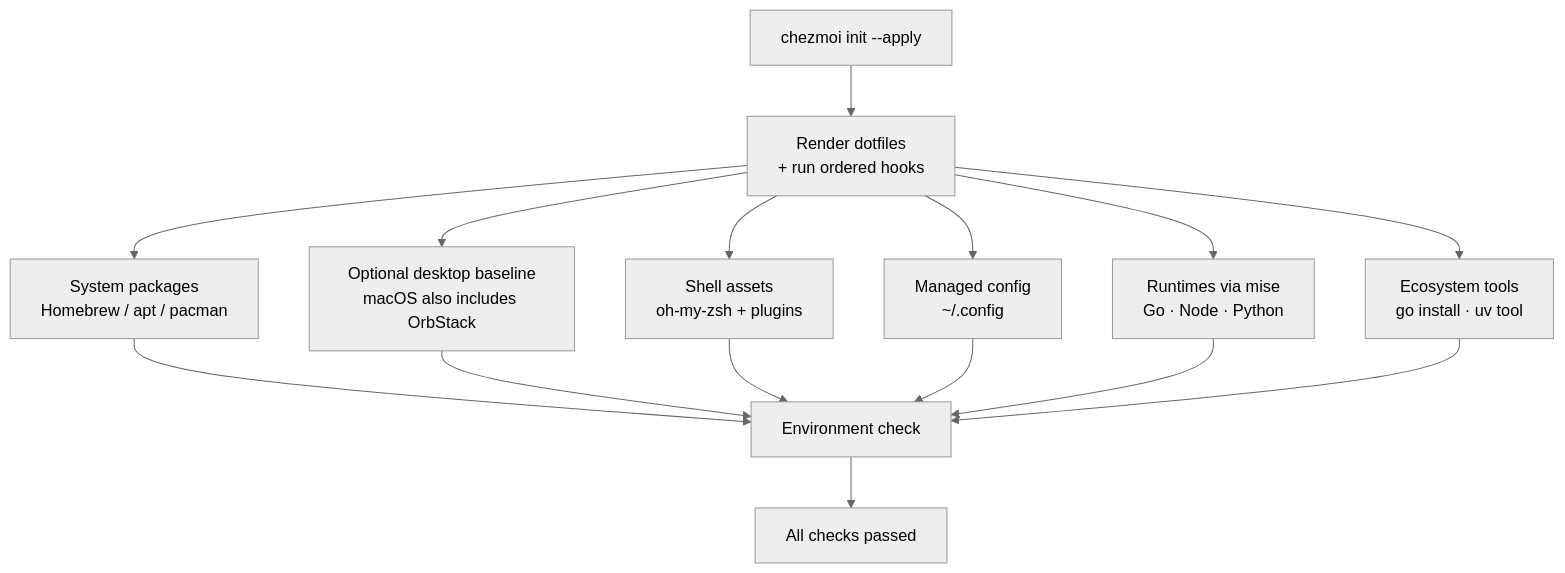
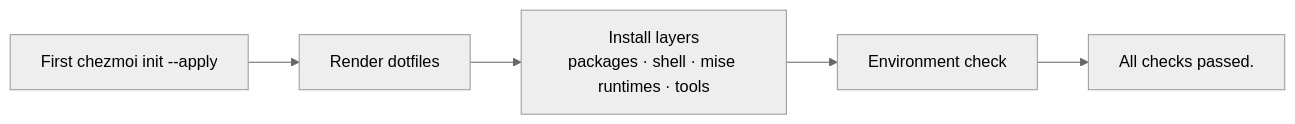
Before and after one commit to kangmingxuan/oh-my-devenv: the diagram in README.md, drawn with Mermaid (neutral theme). The commit also changed other lines of this file and 9 other files, not shown here.

````diff
--- a/README.md
+++ b/README.md
@@ -30,17 +197,7 @@
 ```mermaid
-flowchart TD
-    A["chezmoi init --apply"] --> B["Render dotfiles<br/>+ run ordered hooks"]
-    B --> C["System packages<br/>Homebrew / apt / pacman"]
-    B --> D["Optional desktop baseline<br/>macOS also includes OrbStack"]
-    B --> E["Shell assets<br/>oh-my-zsh + plugins"]
-    B --> X["Managed config<br/>~/.config"]
-    B --> F["Runtimes via mise<br/>Go · Node · Python"]
-    B --> G["Ecosystem tools<br/>go install · uv tool"]
-    C --> H["Environment check"]
-    D --> H
-    E --> H
-    X --> H
-    F --> H
-    G --> H
-    H --> I["All checks passed"]
+flowchart LR
+    A["First chezmoi init --apply"] --> B["Render dotfiles"]
+    B --> C["Install layers<br/>packages · shell · mise runtimes · tools"]
+    C --> D["Environment check"]
+    D --> E["All checks passed."]
 ```
````
